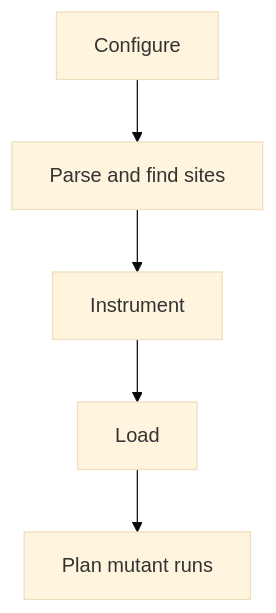
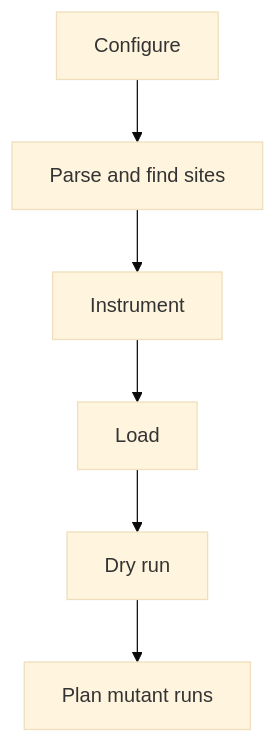
Before and after one commit to setdef/stryker_for_ruby: the first of 3 diagrams in docs/contributors/design/architecture.md, drawn with Mermaid (base theme). The commit also changed other lines of this file and 2 other files, not shown here.

Commit message:
docs(design): describe the dry run, its stage, and its place in the protocol
Coverage gains a section on the dry run: where it runs and why there, what
its child writes, and what fails it. The architecture lists the dry run as
the stage between Load and Plan mutant runs. Loading and isolation gives the
dry run's line on the parent's standard input, its key on the parent's
lines, its `result` line, and its output files, and the statement that the
dry run ends with the loading check is now true of the code.

Each page says what the code does today: the dry run runs on Linux and
macOS through the fork adapter, and nothing calls it from `stryker run`
until #29.

Closes #26

````diff
--- a/docs/contributors/design/architecture.md
+++ b/docs/contributors/design/architecture.md
@@ -11,7 +11,8 @@
 ```mermaid
 flowchart TB
   C["Configure"] --> P["Parse and find sites"]
   P --> I["Instrument"]
   I --> L["Load"]
-  L --> PL["Plan mutant runs"]
+  L --> D["Dry run"]
+  D --> PL["Plan mutant runs"]
 ```
````
